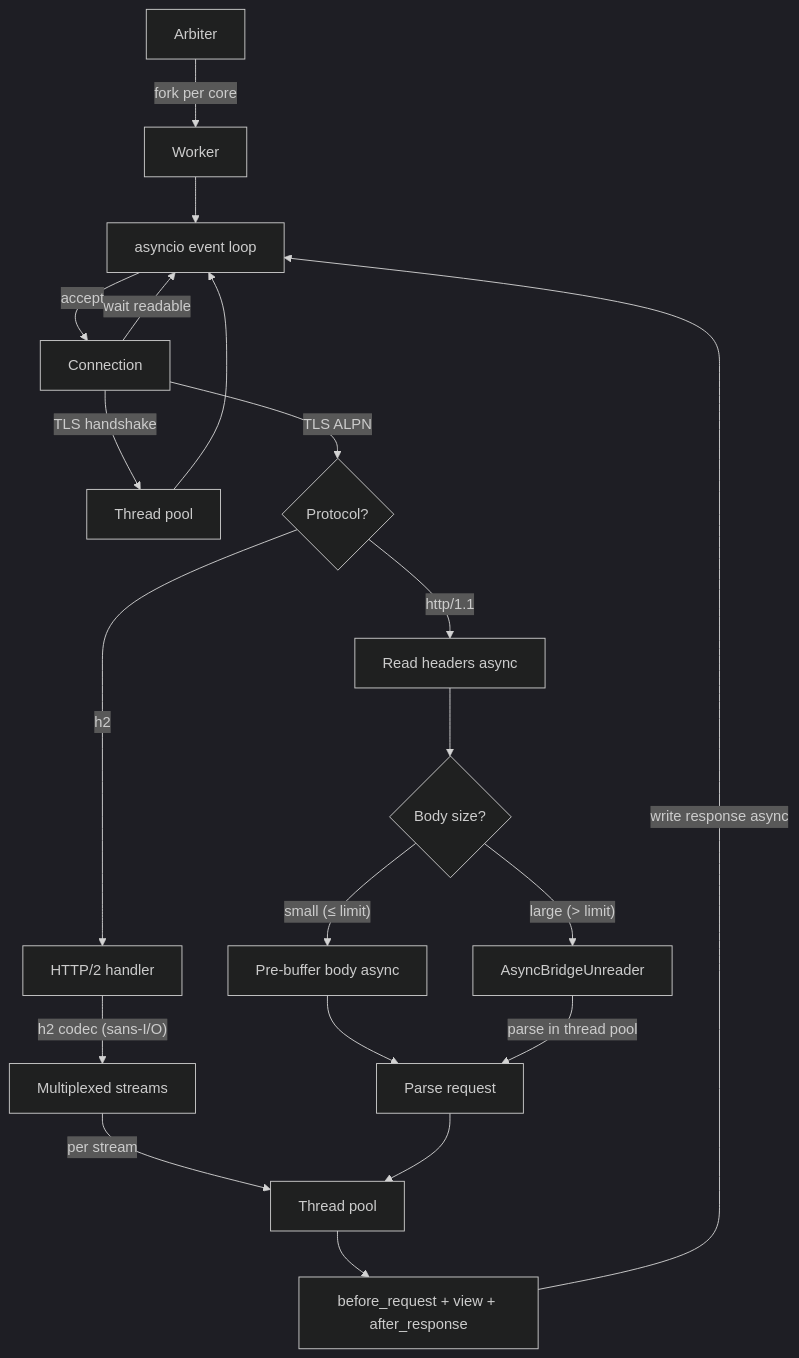
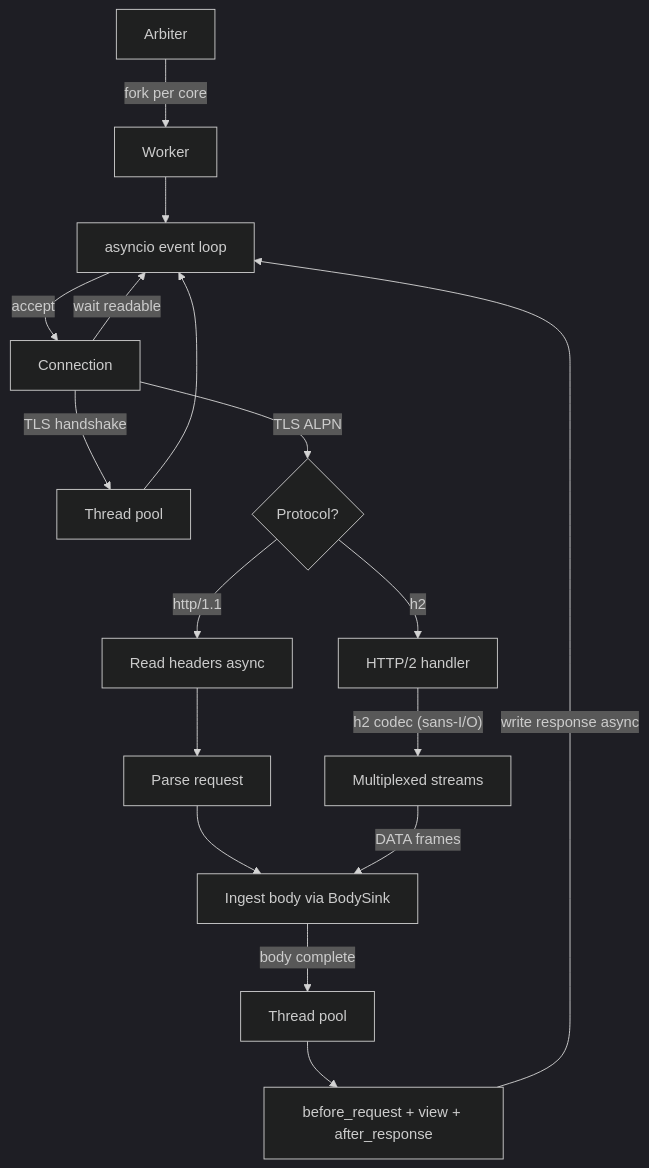
One commit to dropseed/plain changed the diagram in plain/plain/server/README.md. Above: the diagram before and after it, drawn with Mermaid (dark theme). The commit also changed other lines of this file and 28 other files, not shown here.

````diff
--- a/plain/plain/server/README.md
+++ b/plain/plain/server/README.md
@@ -312,22 +312,19 @@
 ```mermaid
 graph TD
     A[Arbiter] -->|fork per core| W[Worker]
     W --> EL[asyncio event loop]
     EL -->|accept| C[Connection]
     C -->|wait readable| EL
     C -->|TLS handshake| TP_TLS[Thread pool]
     TP_TLS --> EL
     C -->|TLS ALPN| P{Protocol?}
     P -->|h2| H2[HTTP/2 handler]
     P -->|http/1.1| HDR[Read headers async]
-    HDR --> BODY{Body size?}
-    BODY -->|"small (≤ limit)"| PRE[Pre-buffer body async]
-    BODY -->|"large (> limit)"| BRIDGE[AsyncBridgeUnreader]
-    PRE --> PARSE[Parse request]
-    BRIDGE -->|"parse in thread pool"| PARSE
+    HDR --> PARSE[Parse request]
+    PARSE --> SINK[Ingest body via BodySink]
     H2 -->|"h2 codec (sans-I/O)"| STREAMS[Multiplexed streams]
-    STREAMS -->|per stream| TP[Thread pool]
-    PARSE --> TP
+    STREAMS -->|DATA frames| SINK
+    SINK -->|body complete| TP[Thread pool]
     TP --> MW[before_request + view + after_response]
     MW -->|write response async| EL
 ```
````
